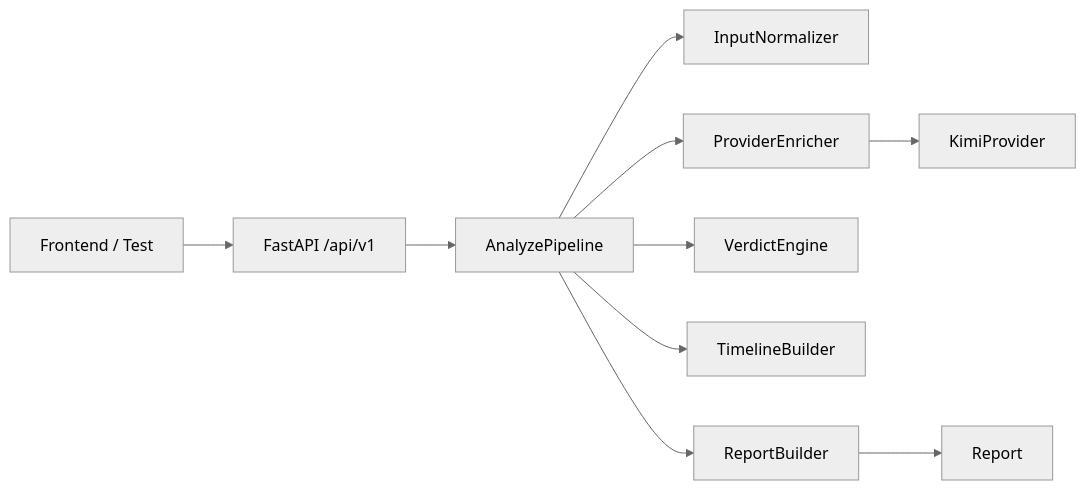
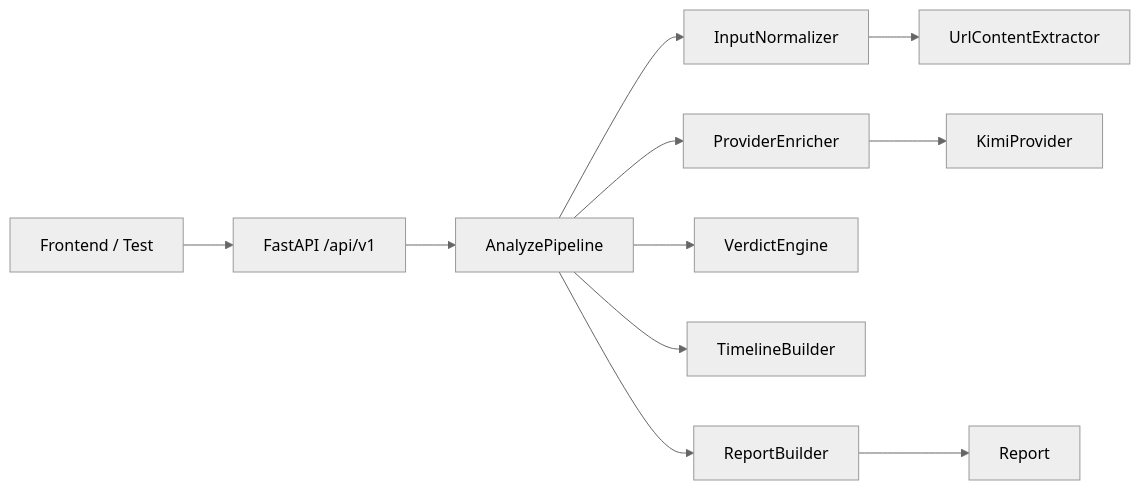
Before and after one commit to forwaryan/rumor-checking: the diagram in backend/README.md, drawn with Mermaid (neutral theme). The commit also changed other lines of this file and 42 other files, not shown here.

````diff
--- a/backend/README.md
+++ b/backend/README.md
@@ -19,12 +19,13 @@
 ```mermaid
 flowchart LR
     Client["Frontend / Test"] --> API["FastAPI /api/v1"]
     API --> Pipeline["AnalyzePipeline"]
     Pipeline --> Normalizer["InputNormalizer"]
+    Normalizer --> UrlExtractor["UrlContentExtractor"]
     Pipeline --> Enricher["ProviderEnricher"]
     Enricher --> Kimi["KimiProvider"]
     Pipeline --> Verdict["VerdictEngine"]
     Pipeline --> Timeline["TimelineBuilder"]
     Pipeline --> Report["ReportBuilder"]
     Report --> Output["Report"]
 ```
````
